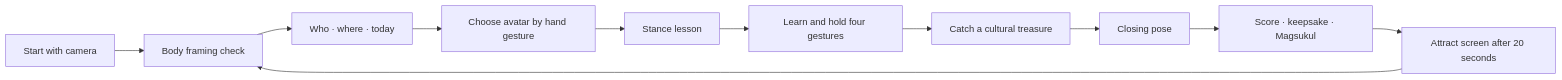
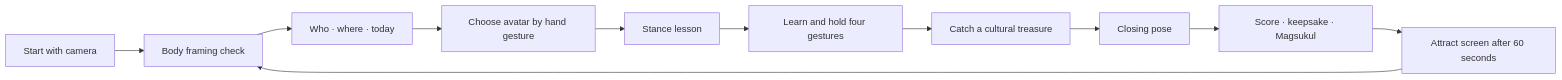
One commit to aljabrialam/pangalay-mirror changed the diagram in README.md. Above: the diagram before and after it, drawn with Mermaid. The commit also changed other lines of this file and 9 other files, not shown here.

````diff
--- a/README.md
+++ b/README.md
@@ -57,13 +57,13 @@
 ```mermaid
 flowchart LR
   A[Start with camera] --> B[Body framing check]
   B --> C[Who · where · today]
   C --> D[Choose avatar by hand gesture]
   D --> E[Stance lesson]
   E --> F[Learn and hold four gestures]
   F --> G[Catch a cultural treasure]
   G --> H[Closing pose]
   H --> I[Score · keepsake · Magsukul]
-  I --> J[Attract screen after 20 seconds]
+  I --> J[Attract screen after 60 seconds]
   J --> B
 ```
````
